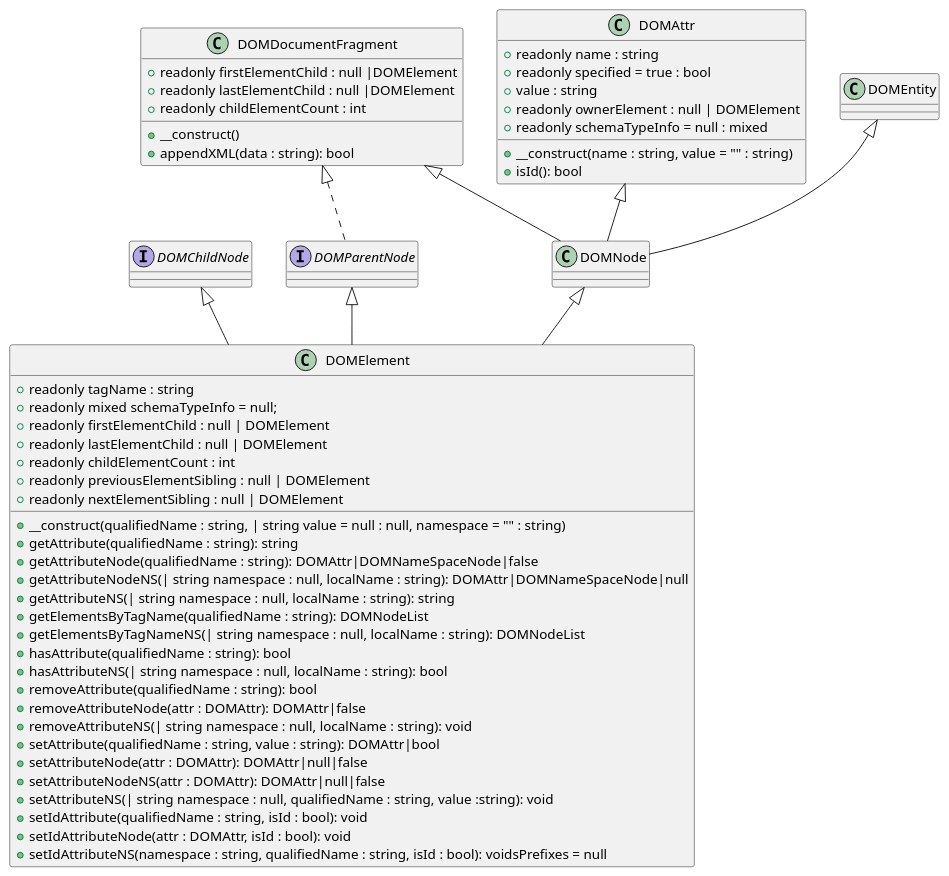
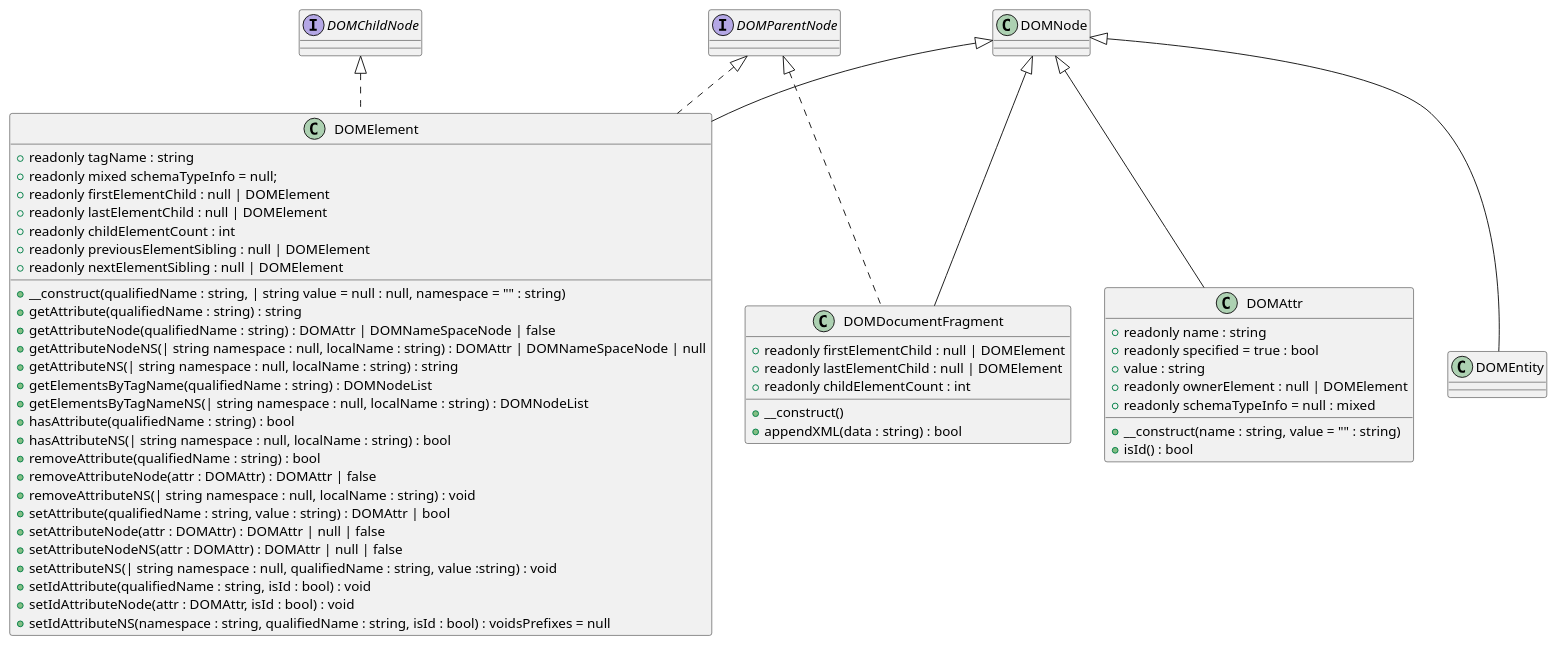
The diagram in dom/other.puml (kurt-krueckeberg/understanding-dom), drawn with PlantUML before and after one commit. The commit also changed 5 other files, not shown here.

```diff
--- a/dom/other.puml
+++ b/dom/other.puml
@@ -1,61 +1,61 @@
 @startuml
 interface DOMChildNode
 interface DOMParentNode
 DOMNode       <|-- DOMElement
-DOMParentNode <|-- DOMElement
-DOMChildNode  <|-- DOMElement
+DOMParentNode <|.. DOMElement
+DOMChildNode  <|.. DOMElement
 
 class DOMElement {
   +readonly tagName : string
   +readonly mixed schemaTypeInfo = null;
   +readonly firstElementChild : null | DOMElement
   +readonly lastElementChild : null | DOMElement
   +readonly childElementCount : int
   +readonly previousElementSibling : null | DOMElement
   +readonly nextElementSibling : null | DOMElement
   +__construct(qualifiedName : string, | string value = null : null, namespace = "" : string)
-  +getAttribute(qualifiedName : string): string
-  +getAttributeNode(qualifiedName : string): DOMAttr|DOMNameSpaceNode|false
-  +getAttributeNodeNS(| string namespace : null, localName : string): DOMAttr|DOMNameSpaceNode|null
-  +getAttributeNS(| string namespace : null, localName : string): string
-  +getElementsByTagName(qualifiedName : string): DOMNodeList
-  +getElementsByTagNameNS(| string namespace : null, localName : string): DOMNodeList
-  +hasAttribute(qualifiedName : string): bool
-  +hasAttributeNS(| string namespace : null, localName : string): bool
-  +removeAttribute(qualifiedName : string): bool
-  +removeAttributeNode(attr : DOMAttr): DOMAttr|false
-  +removeAttributeNS(| string namespace : null, localName : string): void
-  +setAttribute(qualifiedName : string, value : string): DOMAttr|bool
-  +setAttributeNode(attr : DOMAttr): DOMAttr|null|false
-  +setAttributeNodeNS(attr : DOMAttr): DOMAttr|null|false
-  +setAttributeNS(| string namespace : null, qualifiedName : string, value :string): void
-  +setIdAttribute(qualifiedName : string, isId : bool): void
-  +setIdAttributeNode(attr : DOMAttr, isId : bool): void
-  +setIdAttributeNS(namespace : string, qualifiedName : string, isId : bool): voidsPrefixes = null
+  +getAttribute(qualifiedName : string) : string
+  +getAttributeNode(qualifiedName : string) : DOMAttr | DOMNameSpaceNode | false
+  +getAttributeNodeNS(| string namespace : null, localName : string) : DOMAttr | DOMNameSpaceNode | null
+  +getAttributeNS(| string namespace : null, localName : string) : string
+  +getElementsByTagName(qualifiedName : string) : DOMNodeList
+  +getElementsByTagNameNS(| string namespace : null, localName : string) : DOMNodeList
+  +hasAttribute(qualifiedName : string) : bool
+  +hasAttributeNS(| string namespace : null, localName : string) : bool
+  +removeAttribute(qualifiedName : string) : bool
+  +removeAttributeNode(attr : DOMAttr) : DOMAttr | false
+  +removeAttributeNS(| string namespace : null, localName : string) : void
+  +setAttribute(qualifiedName : string, value : string) : DOMAttr | bool
+  +setAttributeNode(attr : DOMAttr) : DOMAttr | null | false
+  +setAttributeNodeNS(attr : DOMAttr) : DOMAttr | null | false
+  +setAttributeNS(| string namespace : null, qualifiedName : string, value :string) : void
+  +setIdAttribute(qualifiedName : string, isId : bool) : void
+  +setIdAttributeNode(attr : DOMAttr, isId : bool) : void
+  +setIdAttributeNS(namespace : string, qualifiedName : string, isId : bool) : voidsPrefixes = null
 }
 
-DOMAttr <|-- DOMNode 
+DOMNode <|-- DOMAttr
 class DOMAttr {
   +readonly name : string
   +readonly specified = true : bool
   +value : string
   +readonly ownerElement : null | DOMElement
   +readonly schemaTypeInfo = null : mixed
   +__construct(name : string, value = "" : string)
-  +isId(): bool
+  +isId() : bool
 }
 
-DOMEntity <|-- DOMNode
+DOMNode <|-- DOMEntity
 
-DOMDocumentFragment <|-- DOMNode
+DOMNode <|-- DOMDocumentFragment
 
-DOMDocumentFragment <|.. DOMParentNode
+DOMParentNode <|.. DOMDocumentFragment
 
 class DOMDocumentFragment {
-  +readonly firstElementChild : null |DOMElement
-  +readonly lastElementChild : null |DOMElement
+  +readonly firstElementChild : null | DOMElement
+  +readonly lastElementChild : null | DOMElement
   +readonly childElementCount : int
   +__construct()
-  +appendXML(data : string): bool
+  +appendXML(data : string) : bool
 }
 @enduml
```
